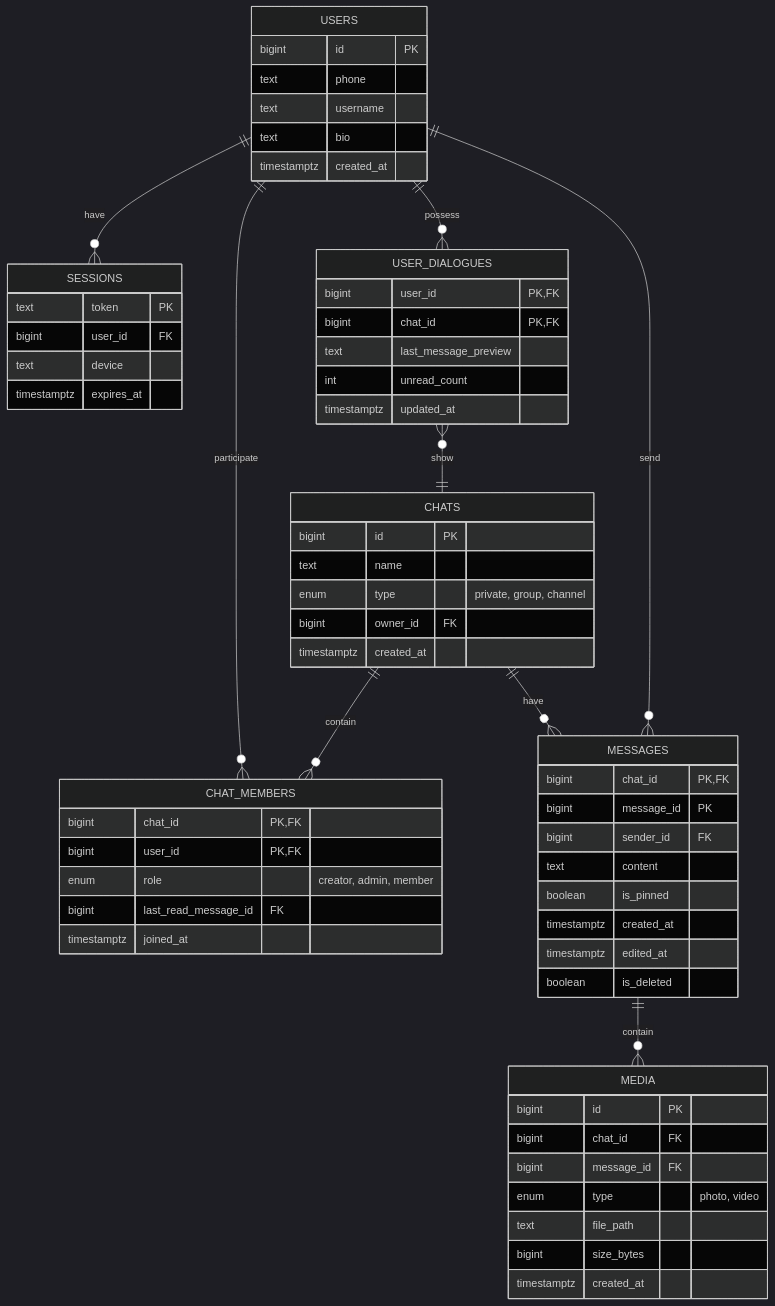
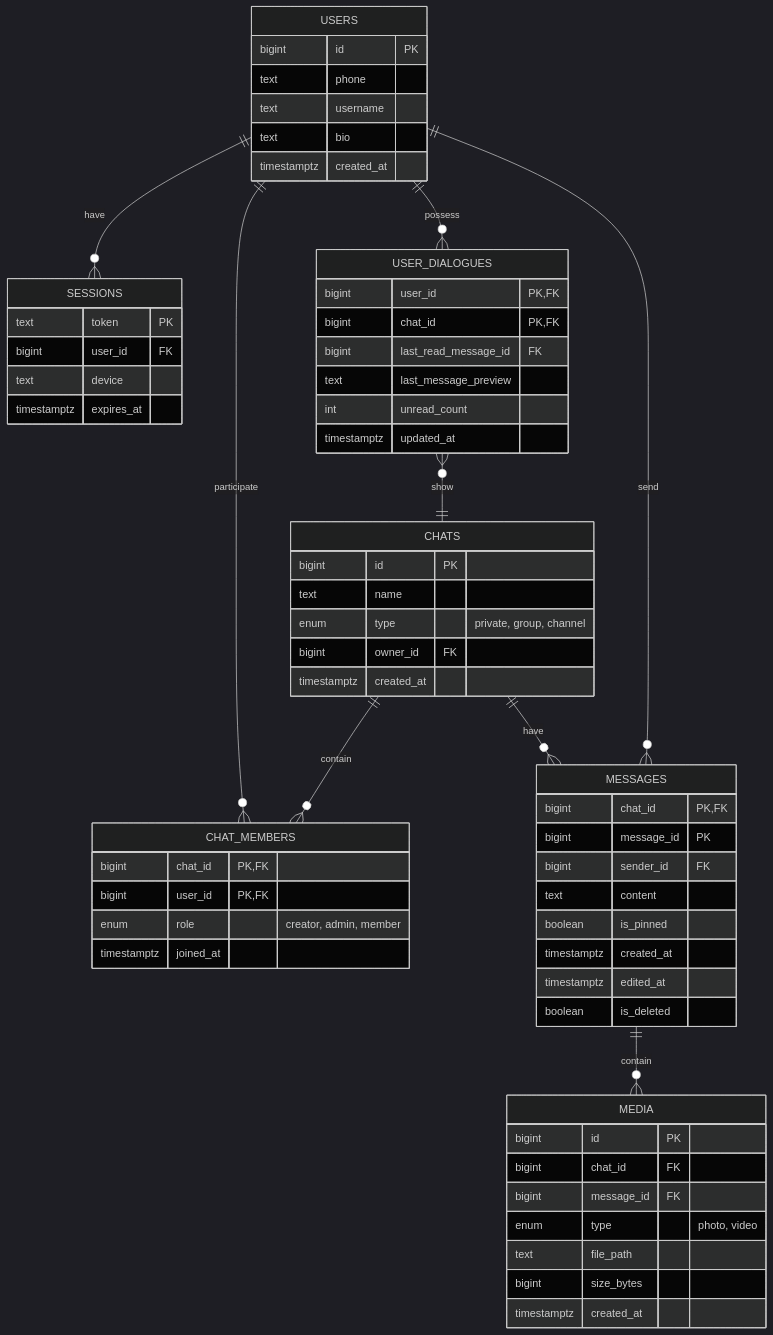
One commit to Liza05444/VK_Education_Highload changed the diagram in README.md. Above: the diagram before and after it, drawn with Mermaid (dark theme). The commit also changed other lines of this file, not shown here.

````diff
--- a/README.md
+++ b/README.md
@@ -252,71 +252,71 @@
 ```mermaid
 erDiagram
     USERS {
         bigint id PK
         text phone
         text username
         text bio
         timestamptz created_at
     }
 
     SESSIONS {
         text token PK
         bigint user_id FK
         text device
         timestamptz expires_at
     }
 
     CHATS {
         bigint id PK
         text name
         enum type "private, group, channel"
         bigint owner_id FK
         timestamptz created_at
     }
 
     CHAT_MEMBERS {
         bigint chat_id PK, FK
         bigint user_id PK, FK
         enum role "creator, admin, member"
-        bigint last_read_message_id FK
         timestamptz joined_at
     }
 
     USER_DIALOGUES {
         bigint user_id PK, FK
         bigint chat_id PK, FK
+        bigint last_read_message_id FK
         text last_message_preview
         int unread_count
         timestamptz updated_at
     }
 
     MESSAGES {
         bigint chat_id PK, FK
         bigint message_id PK
         bigint sender_id FK
         text content
         boolean is_pinned
         timestamptz created_at
         timestamptz edited_at
         boolean is_deleted
     }
 
     MEDIA {
         bigint id PK
         bigint chat_id FK
         bigint message_id FK
         enum type "photo, video"
         text file_path
         bigint size_bytes
         timestamptz created_at
     }
 
     USERS ||--o{ SESSIONS : have
     USERS ||--o{ CHAT_MEMBERS : participate
     USERS ||--o{ USER_DIALOGUES : possess
     USER_DIALOGUES }o--|| CHATS : show
     CHATS ||--o{ CHAT_MEMBERS : contain
     CHATS ||--o{ MESSAGES : have
     USERS ||--o{ MESSAGES : send
     MESSAGES ||--o{ MEDIA : contain
 ```
````
